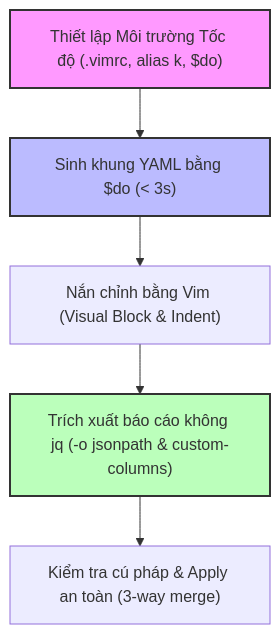
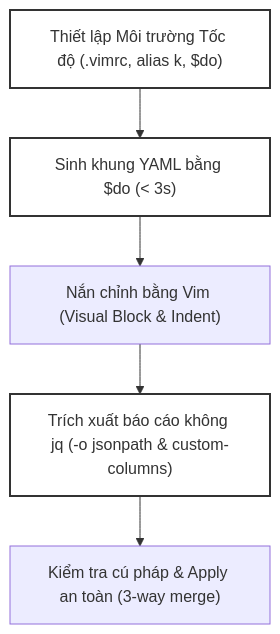
Before and after one commit to kiennt308/ntk: the first of 2 diagrams in _posts/2026-09-12-cka-04-04-kubectl-toc-do-va-jsonpath.md, drawn with Mermaid. The commit also changed other lines of this file and 207 other files, not shown here.

Commit message:
feat(posts): batch standardize all 208 posts with TL;DR, qa-card accordion, fill:none mermaid, and liquid raw wrappers

````diff
--- a/_posts/2026-09-12-cka-04-04-kubectl-toc-do-va-jsonpath.md
+++ b/_posts/2026-09-12-cka-04-04-kubectl-toc-do-va-jsonpath.md
@@ -379,11 +383,11 @@
 ```mermaid
 graph TD
     A["Thiết lập Môi trường Tốc độ (.vimrc, alias k, $do)"] --> B["Sinh khung YAML bằng $do (< 3s)"]
     B --> C["Nắn chỉnh bằng Vim (Visual Block & Indent)"]
     C --> D["Trích xuất báo cáo không jq (-o jsonpath & custom-columns)"]
     D --> E["Kiểm tra cú pháp & Apply an toàn (3-way merge)"]
 
-    style A fill:#f9f,stroke:#333,stroke-width:2px
-    style B fill:#bbf,stroke:#333,stroke-width:2px
-    style D fill:#bfb,stroke:#333,stroke-width:2px
+    style A fill:none,stroke:#333,stroke-width:2px
+    style B fill:none,stroke:#333,stroke-width:2px
+    style D fill:none,stroke:#333,stroke-width:2px
 ```
````
